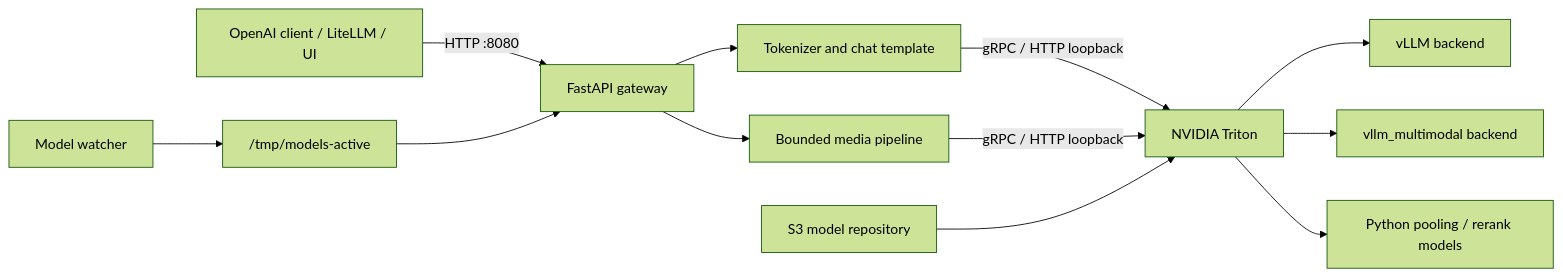
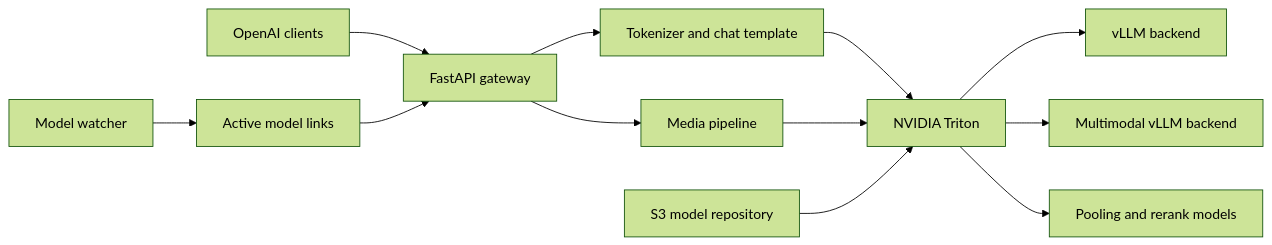
Before and after one commit to Raytorin/triton-openai-gateway: the diagram in README.md, drawn with Mermaid (forest theme). The commit also changed 1 other file, not shown here.

````diff
--- a/README.md
+++ b/README.md
@@ -66,14 +66,14 @@
 ```mermaid
-flowchart LR
-    C[OpenAI client / LiteLLM / UI] -->|HTTP :8080| G[FastAPI gateway]
-    G --> TPL[Tokenizer and chat template]
-    G --> MEDIA[Bounded media pipeline]
-    TPL -->|gRPC / HTTP loopback| T[NVIDIA Triton]
-    MEDIA -->|gRPC / HTTP loopback| T
-    T --> V[vLLM backend]
-    T --> VM[vllm_multimodal backend]
-    T --> P[Python pooling / rerank models]
-    S[S3 model repository] --> T
-    W[Model watcher] --> R["/tmp/models-active"]
+graph LR
+    C["OpenAI clients"] --> G["FastAPI gateway"]
+    G --> TPL["Tokenizer and chat template"]
+    G --> M["Media pipeline"]
+    TPL --> T["NVIDIA Triton"]
+    M --> T
+    T --> V["vLLM backend"]
+    T --> VM["Multimodal vLLM backend"]
+    T --> P["Pooling and rerank models"]
+    S["S3 model repository"] --> T
+    W["Model watcher"] --> R["Active model links"]
     R --> G
 ```
````
